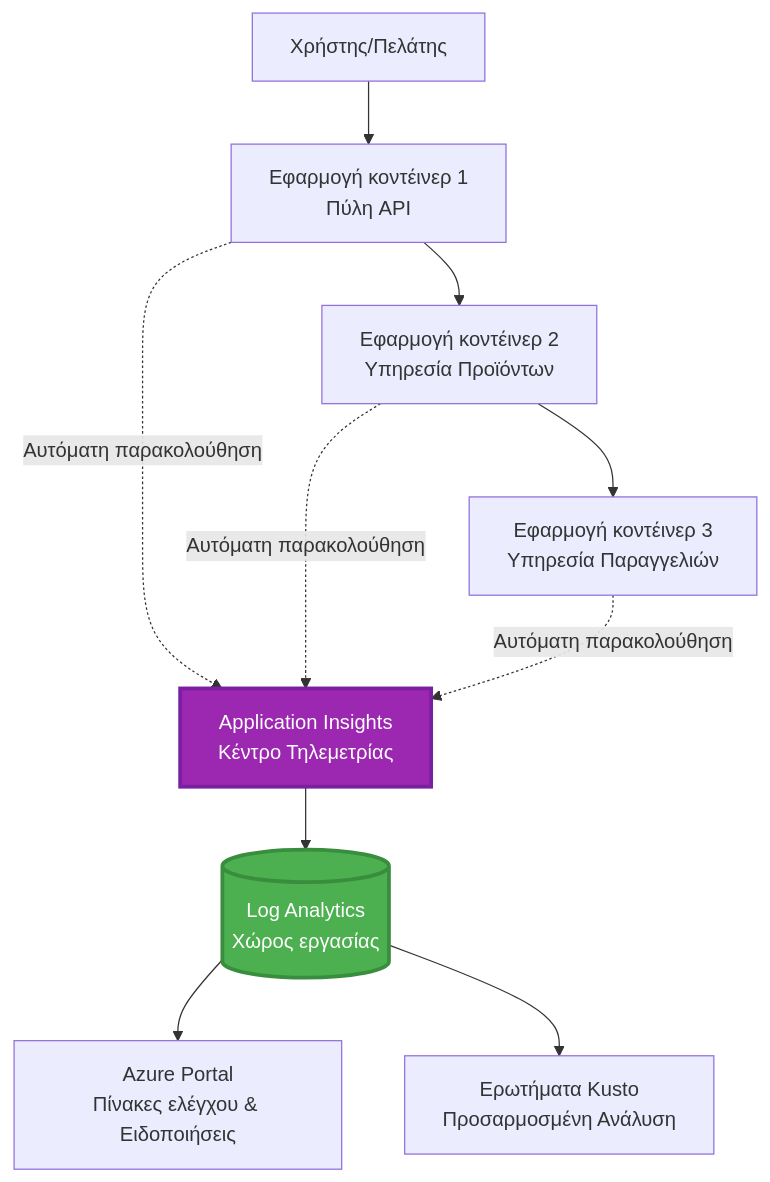
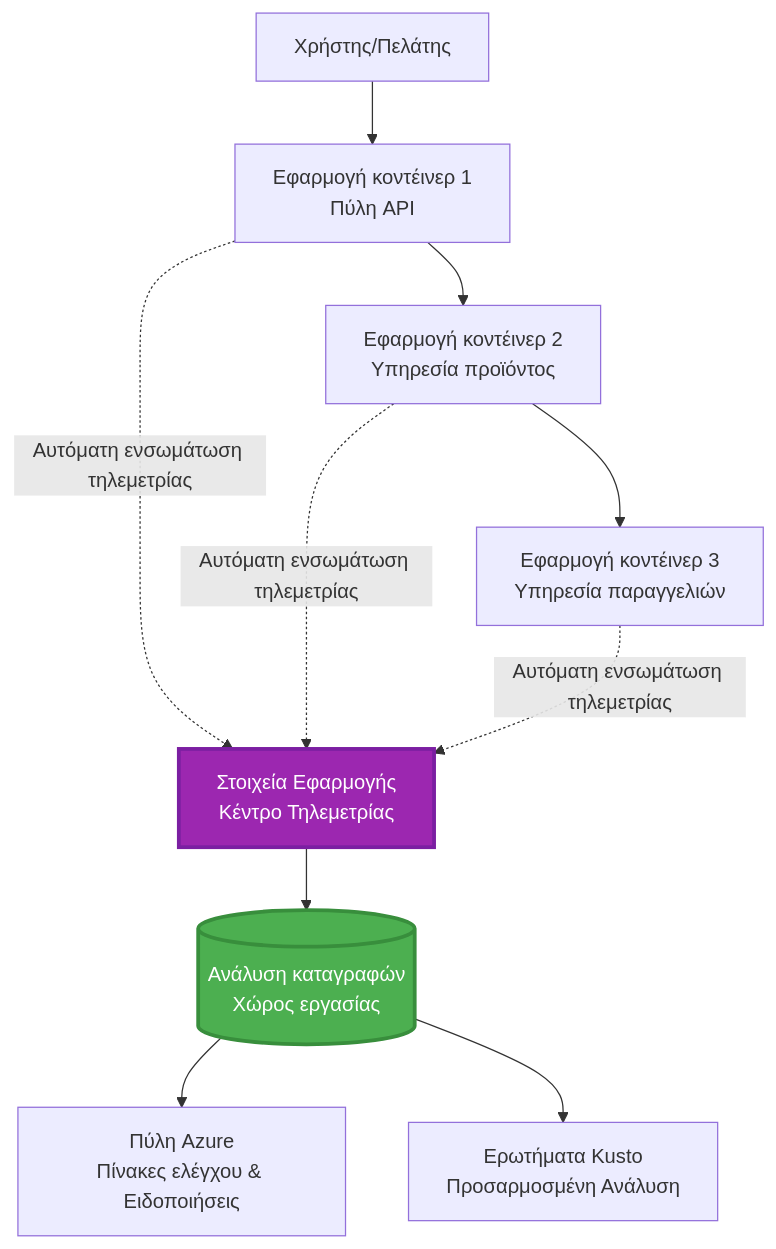
The first of 2 diagrams in translations/el/docs/chapter-06-pre-deployment/application-insights.md (microsoft/AZD-for-beginners), drawn with Mermaid before and after one commit. The commit also changed other lines of this file and 101 other files, not shown here.

````diff
--- a/translations/el/docs/chapter-06-pre-deployment/application-insights.md
+++ b/translations/el/docs/chapter-06-pre-deployment/application-insights.md
@@ -58,28 +58,28 @@
 ```mermaid
 graph TB
     User[Χρήστης/Πελάτης]
     App1[Εφαρμογή κοντέινερ 1<br/>Πύλη API]
-    App2[Εφαρμογή κοντέινερ 2<br/>Υπηρεσία Προϊόντων]
-    App3[Εφαρμογή κοντέινερ 3<br/>Υπηρεσία Παραγγελιών]
+    App2[Εφαρμογή κοντέινερ 2<br/>Υπηρεσία προϊόντος]
+    App3[Εφαρμογή κοντέινερ 3<br/>Υπηρεσία παραγγελιών]
     
-    AppInsights[Application Insights<br/>Κέντρο Τηλεμετρίας]
-    LogAnalytics[(Log Analytics<br/>Χώρος εργασίας)]
+    AppInsights[Στοιχεία Εφαρμογής<br/>Κέντρο Τηλεμετρίας]
+    LogAnalytics[(Ανάλυση καταγραφών<br/>Χώρος εργασίας)]
     
-    Portal[Azure Portal<br/>Πίνακες ελέγχου & Ειδοποιήσεις]
+    Portal[Πύλη Azure<br/>Πίνακες ελέγχου & Ειδοποιήσεις]
     Query[Ερωτήματα Kusto<br/>Προσαρμοσμένη Ανάλυση]
     
     User --> App1
     App1 --> App2
     App2 --> App3
     
-    App1 -.->|Αυτόματη παρακολούθηση| AppInsights
-    App2 -.->|Αυτόματη παρακολούθηση| AppInsights
-    App3 -.->|Αυτόματη παρακολούθηση| AppInsights
+    App1 -.->|Αυτόματη ενσωμάτωση τηλεμετρίας| AppInsights
+    App2 -.->|Αυτόματη ενσωμάτωση τηλεμετρίας| AppInsights
+    App3 -.->|Αυτόματη ενσωμάτωση τηλεμετρίας| AppInsights
     
     AppInsights --> LogAnalytics
     LogAnalytics --> Portal
     LogAnalytics --> Query
     
     style AppInsights fill:#9C27B0,stroke:#7B1FA2,stroke-width:3px,color:#fff
     style LogAnalytics fill:#4CAF50,stroke:#388E3C,stroke-width:3px,color:#fff
 ```
````
